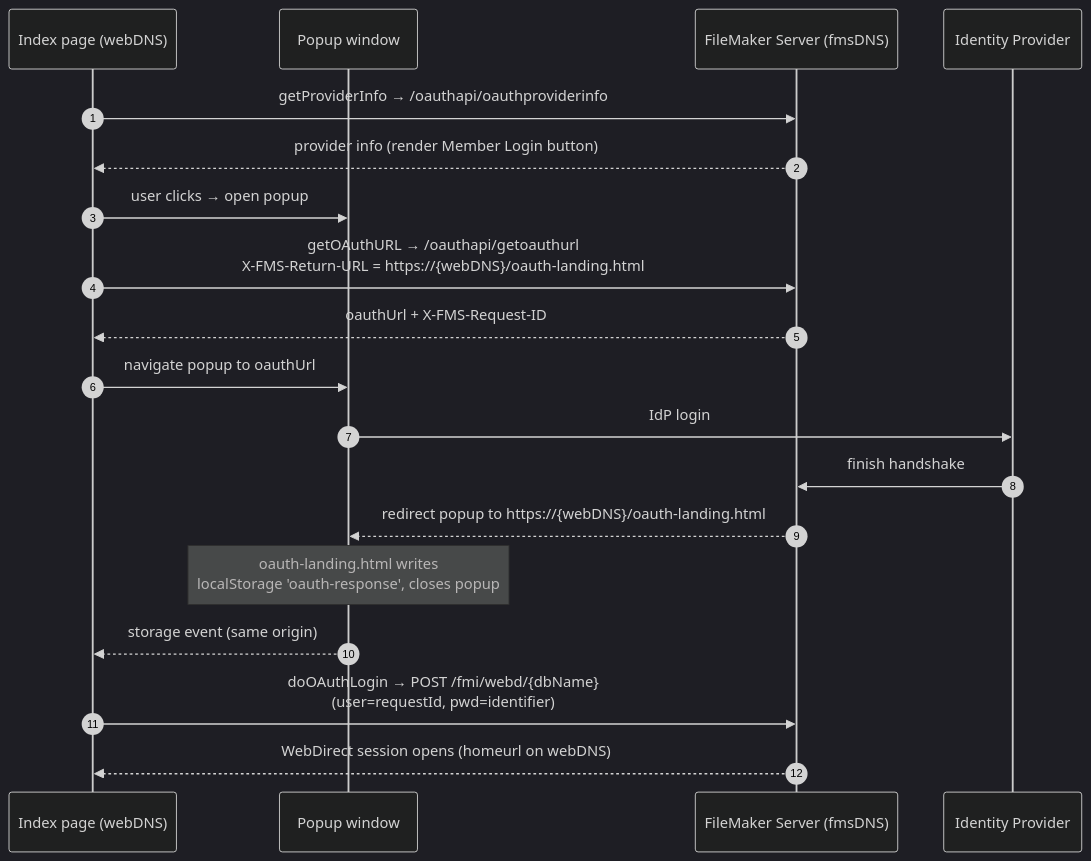
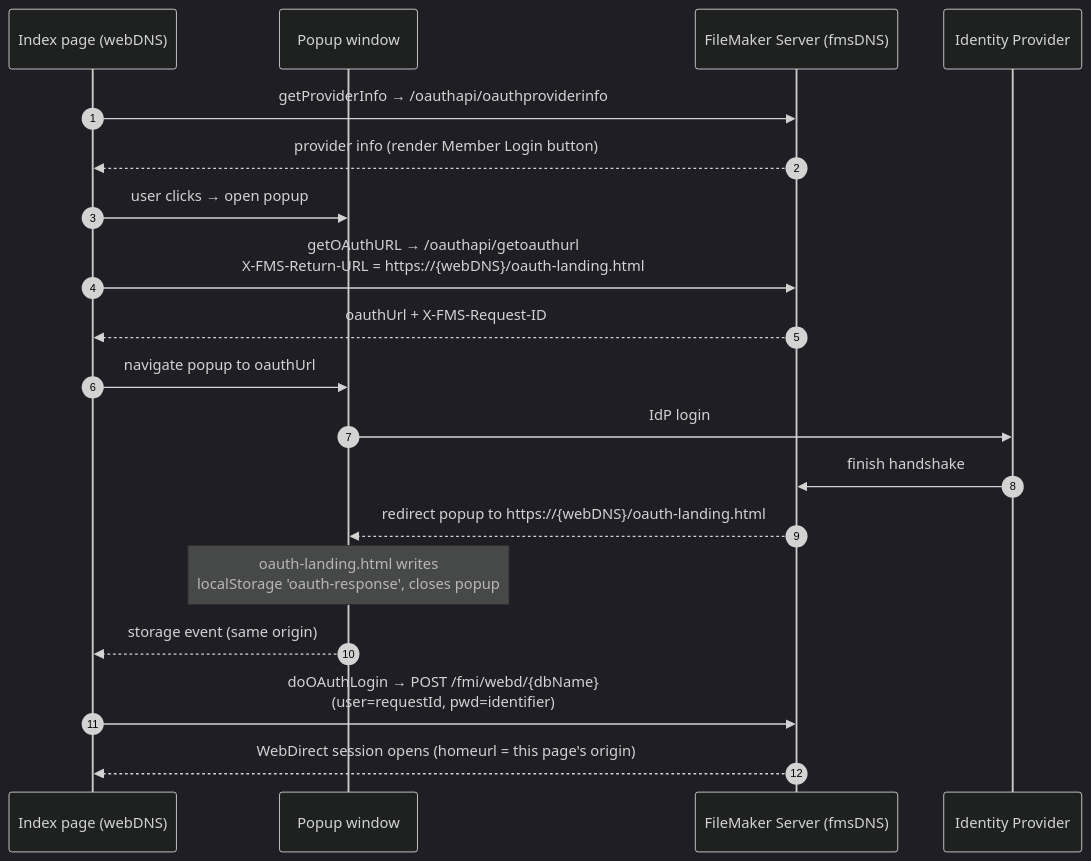
One commit to soliantconsulting/fms-webd-oauth-remote-fixed-26 changed the first of 2 diagrams in README.md. Above: the diagram before and after it, drawn with Mermaid (dark theme). The commit also changed other lines of this file and 3 other files, not shown here.

First line of the commit message:
Derive post-login home URL from the page origin, not config webDNS

````diff
--- a/README.md
+++ b/README.md
@@ -120,22 +120,22 @@
 ```mermaid
 sequenceDiagram
     autonumber
     participant I as Index page (webDNS)
     participant P as Popup window
     participant F as FileMaker Server (fmsDNS)
     participant D as Identity Provider
 
     I->>F: getProviderInfo → /oauthapi/oauthproviderinfo
     F-->>I: provider info (render Member Login button)
     I->>P: user clicks → open popup
     I->>F: getOAuthURL → /oauthapi/getoauthurl<br/>X-FMS-Return-URL = https://{webDNS}/oauth-landing.html
     F-->>I: oauthUrl + X-FMS-Request-ID
     I->>P: navigate popup to oauthUrl
     P->>D: IdP login
     D->>F: finish handshake
     F-->>P: redirect popup to https://{webDNS}/oauth-landing.html
     Note over P: oauth-landing.html writes<br/>localStorage 'oauth-response', closes popup
     P-->>I: storage event (same origin)
     I->>F: doOAuthLogin → POST /fmi/webd/{dbName}<br/>(user=requestId, pwd=identifier)
-    F-->>I: WebDirect session opens (homeurl on webDNS)
+    F-->>I: WebDirect session opens (homeurl = this page's origin)
 ```
````
